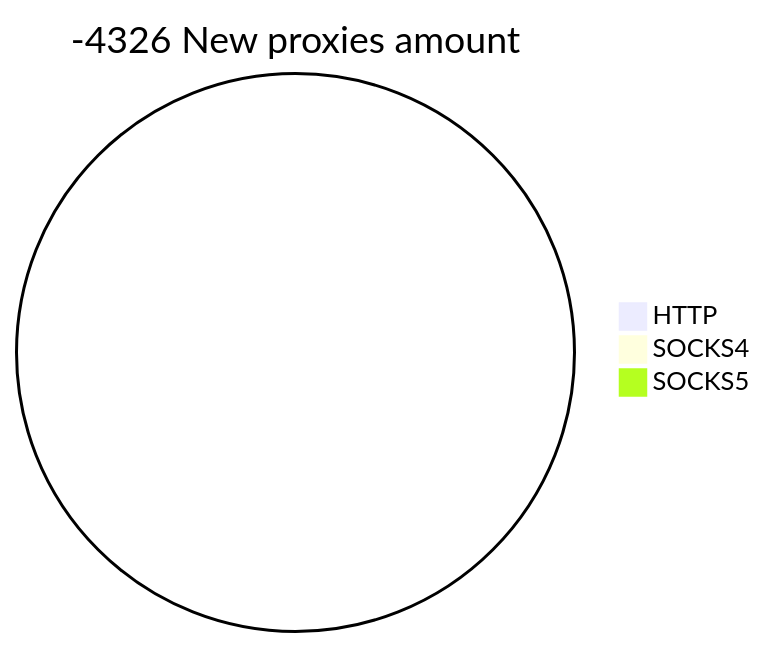
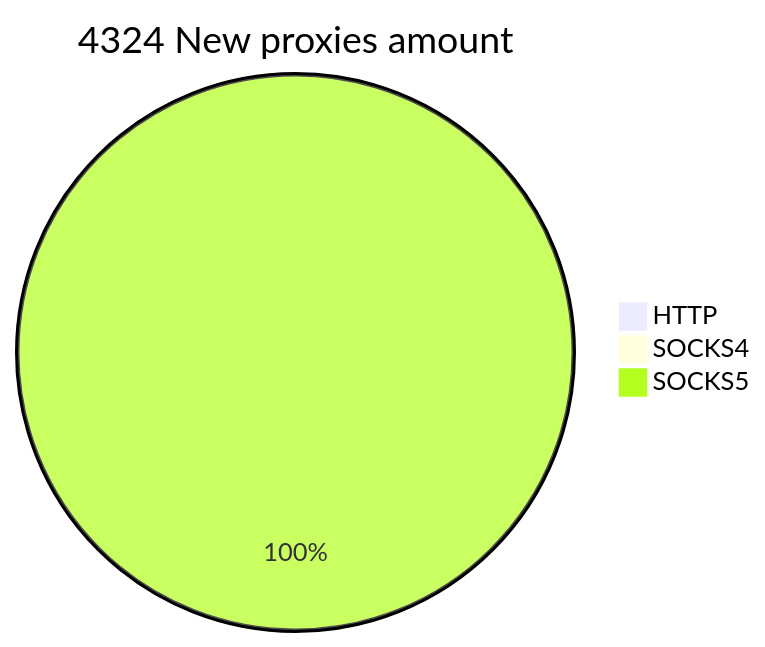
One commit to cutipu/proxylist changed the second of 2 diagrams in README.md. Above: the diagram before and after it, drawn with Mermaid. The commit also changed other lines of this file, not shown here.

````diff
--- a/README.md
+++ b/README.md
@@ -10,6 +10,6 @@
 ```mermaid
-pie title -4326 New proxies amount
+pie title 4324 New proxies amount
     "HTTP" : 0
     "SOCKS4" : 0
-    "SOCKS5" : 0
+    "SOCKS5" : 4325
 ```
````
